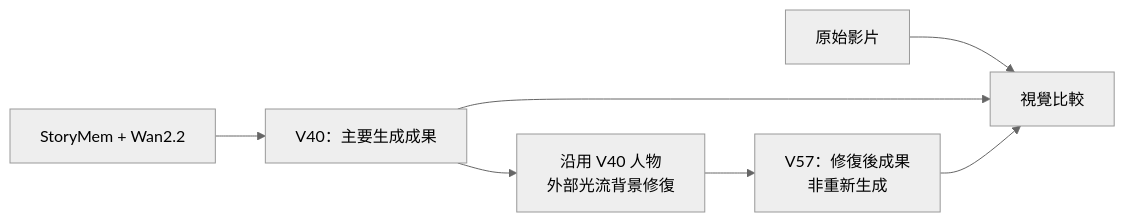
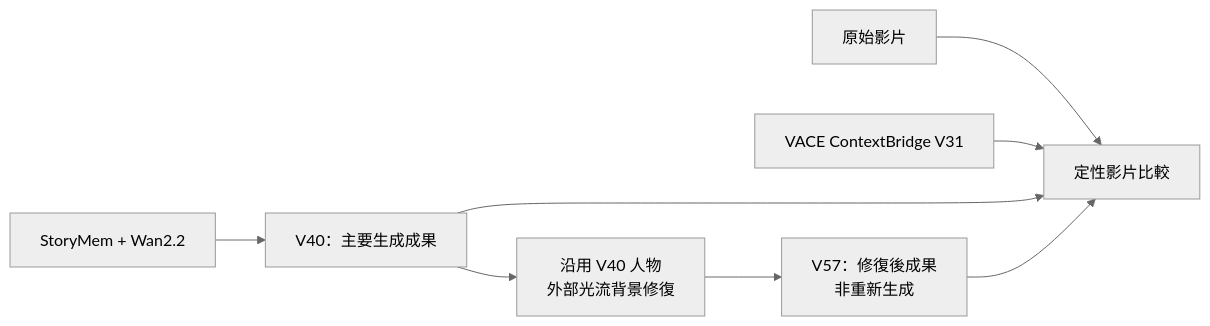
Before and after one commit to lolin93/VCME-Vibe-Character-Motion-Editor: the first of 4 diagrams in VCME_GitHub_上傳資料/README.md, drawn with Mermaid (neutral theme). The commit also changed other lines of this file, not shown here.

````diff
--- a/VCME_GitHub_上傳資料/README.md
+++ b/VCME_GitHub_上傳資料/README.md
@@ -77,9 +75,10 @@
 ```mermaid
 flowchart LR
     Generation["StoryMem + Wan2.2"] --> V40["V40：主要生成成果"]
     V40 --> Repair["沿用 V40 人物<br/>外部光流背景修復"]
     Repair --> V57["V57：修復後成果<br/>非重新生成"]
-    Input["原始影片"] --> Compare["視覺比較"]
+    Input["原始影片"] --> Compare["定性影片比較"]
+    VACE["VACE ContextBridge V31"] --> Compare
     V40 --> Compare
     V57 --> Compare
 ```
````
